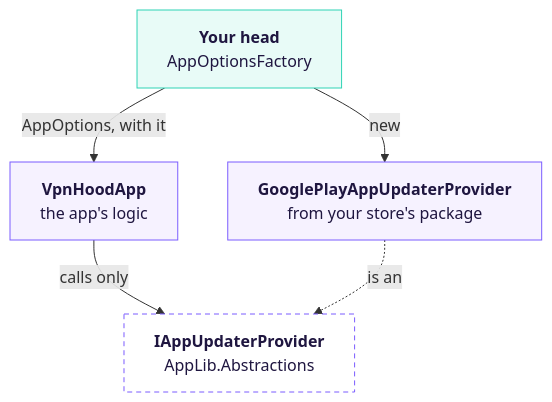
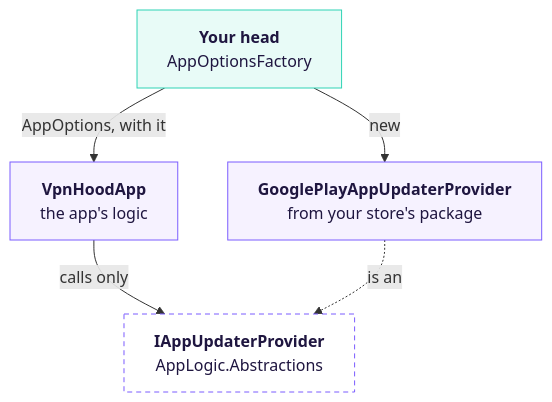
One commit to vpnhood/VpnHood changed the second of 2 diagrams in docs/app-startup.md. Above: the diagram before and after it, drawn with Mermaid. The commit also changed other lines of this file and 1886 other files, not shown here.

````diff
--- a/docs/app-startup.md
+++ b/docs/app-startup.md
@@ -68,18 +68,18 @@
 ```mermaid
 flowchart TB
     HEAD["<b>Your head</b><br/>AppOptionsFactory"]
     CLS["<b>GooglePlayAppUpdaterProvider</b><br/>from your store's package"]
     APP["<b>VpnHoodApp</b><br/>the app's logic"]
-    IF["<b>IAppUpdaterProvider</b><br/>AppLib.Abstractions"]
+    IF["<b>IAppUpdaterProvider</b><br/>AppLogic.Abstractions"]
     HEAD -->|new| CLS
     HEAD -->|"AppOptions, with it"| APP
     APP -->|calls only| IF
     CLS -.->|is an| IF
 
     classDef head fill:#e8fbf7,stroke:#2fd3b5,color:#1f1640
     classDef pkg fill:#f6f2ff,stroke:#7b5cff,color:#1f1640
     classDef iface fill:#ffffff,stroke:#7b5cff,stroke-dasharray:5 4,color:#1f1640
     class HEAD head
     class CLS,APP pkg
     class IF iface
 ```
````
